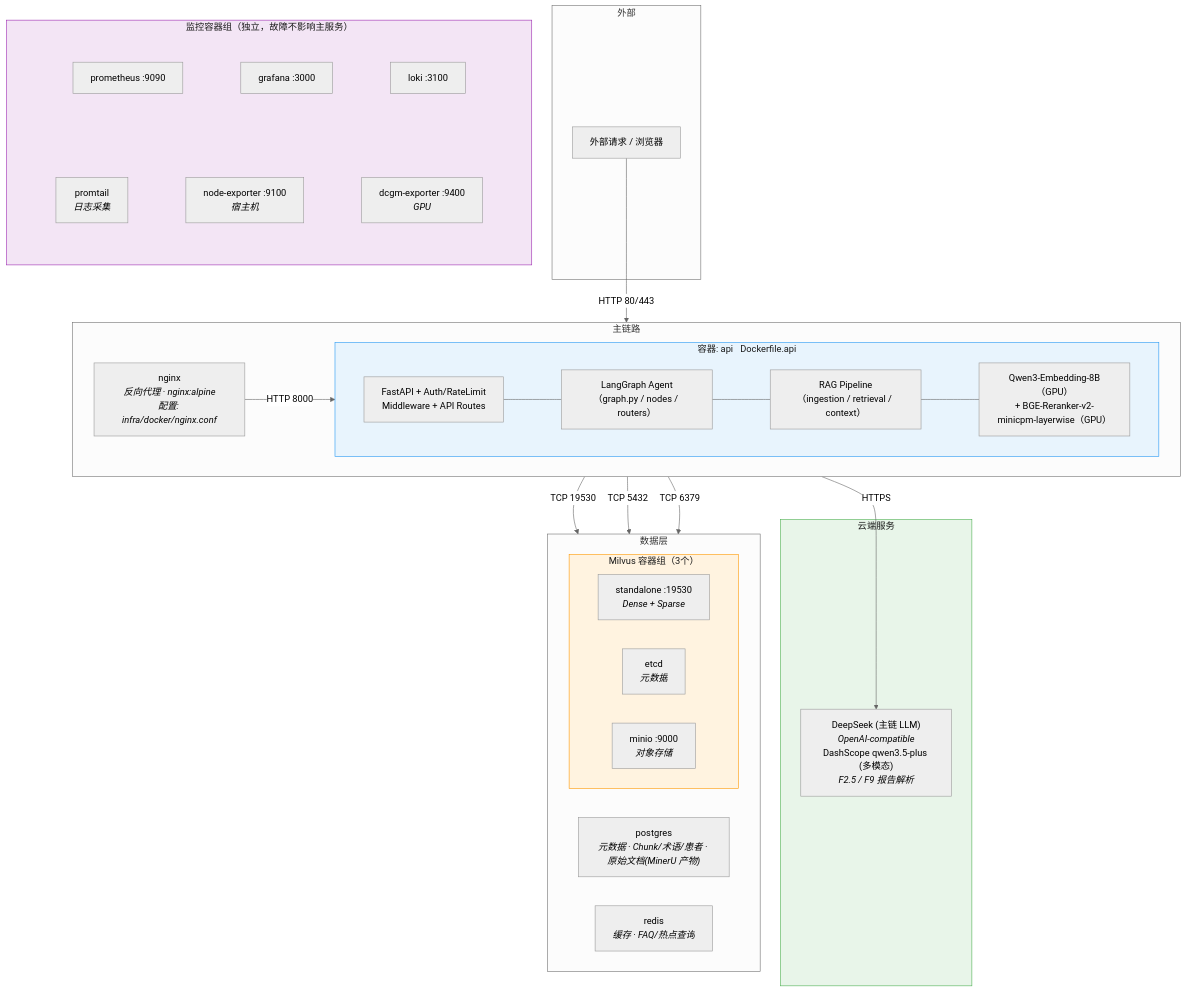
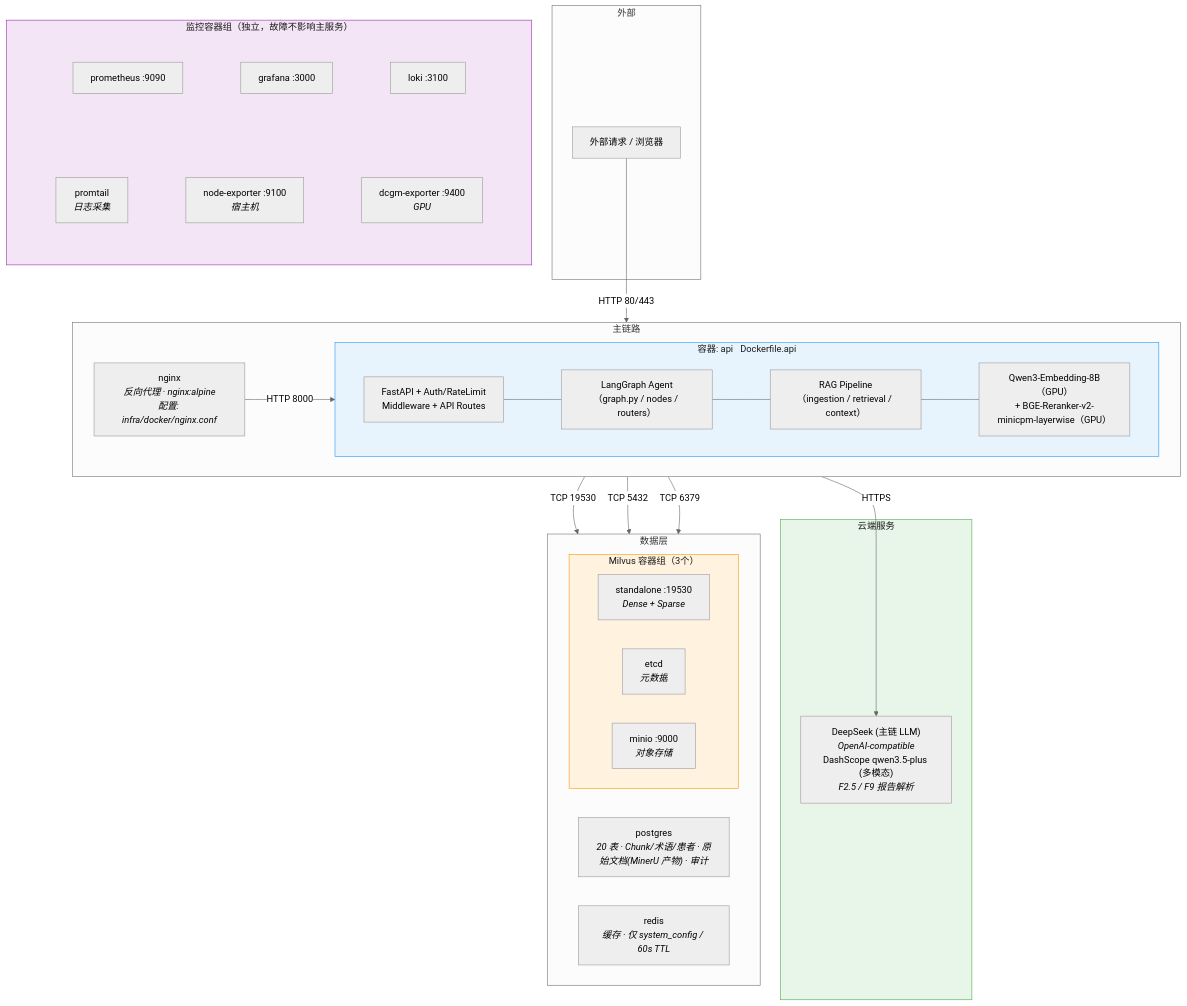
The diagram in .claude/skills/auto-coder/references/01-overview.md (Handshakeworm/Agentic-RAG-Diagnose-Assistant), drawn with Mermaid (neutral theme) before and after one commit. The commit also changed other lines of this file and 7 other files, not shown here.

First line of the commit message:
docs: README.en 补全 + 修正架构图过时内容 + 隐藏个人笔记

````diff
--- a/.claude/skills/auto-coder/references/01-overview.md
+++ b/.claude/skills/auto-coder/references/01-overview.md
@@ -368,70 +368,70 @@
 ```mermaid
 graph TB
     subgraph 外部
         Client["外部请求 / 浏览器"]
     end
 
     subgraph 云端["云端服务"]
         cloudapi["DeepSeek (主链 LLM)<br/><i>OpenAI-compatible</i><br/>DashScope qwen3.5-plus (多模态)<br/><i>F2.5 / F9 报告解析</i>"]
     end
 
     Client -->|"HTTP 80/443"| nginx
 
     subgraph 主链路
         direction LR
         nginx["nginx<br/><i>反向代理 · nginx:alpine</i><br/><i>配置: infra/docker/nginx.conf</i>"]
         nginx -->|"HTTP 8000"| api
 
         subgraph api["容器: api &ensp;Dockerfile.api"]
             direction LR
             L1["FastAPI + Auth/RateLimit<br/>Middleware + API Routes"]
             L2["LangGraph Agent<br/>（graph.py / nodes / routers）"]
             L3["RAG Pipeline<br/>（ingestion / retrieval / context）"]
             L4["Qwen3-Embedding-8B（GPU）<br/>+ BGE-Reranker-v2-minicpm-layerwise（GPU）"]
             L1 --- L2 --- L3 --- L4
         end
     end
 
     subgraph 数据层
         direction LR
         subgraph Milvus["Milvus 容器组（3个）"]
             direction LR
             standalone["standalone :19530<br/><i>Dense + Sparse</i>"]
             etcd["etcd<br/><i>元数据</i>"]
             minio["minio :9000<br/><i>对象存储</i>"]
         end
-        postgres["postgres<br/><i>元数据 · Chunk/术语/患者 · 原始文档(MinerU 产物)</i>"]
-        redis["redis<br/><i>缓存 · FAQ/热点查询</i>"]
+        postgres["postgres<br/><i>20 表 · Chunk/术语/患者 · 原始文档(MinerU 产物) · 审计</i>"]
+        redis["redis<br/><i>缓存 · 仅 system_config / 60s TTL</i>"]
     end
 
     api -->|"HTTPS"| cloudapi
     api -->|"TCP 19530"| standalone
     api -->|"TCP 5432"| postgres
     api -->|"TCP 6379"| redis
 
     subgraph 监控层["监控容器组（独立，故障不影响主服务）"]
         direction TB
         subgraph 监控行1[" "]
             direction LR
             prometheus["prometheus :9090"]
             grafana["grafana :3000"]
             loki["loki :3100"]
             prometheus ~~~ grafana ~~~ loki
         end
         subgraph 监控行2[" "]
             direction LR
             promtail["promtail<br/><i>日志采集</i>"]
             node_exp["node-exporter :9100<br/><i>宿主机</i>"]
             dcgm_exp["dcgm-exporter :9400<br/><i>GPU</i>"]
             promtail ~~~ node_exp ~~~ dcgm_exp
         end
         监控行1 ~~~ 监控行2
     end
 
     style api fill:#e8f4fd,stroke:#2196F3,color:#1a1a1a
     style Milvus fill:#fff3e0,stroke:#FF9800,color:#1a1a1a
     style 监控层 fill:#f3e5f5,stroke:#9C27B0,color:#1a1a1a
     style 云端 fill:#e8f5e9,stroke:#4CAF50,color:#1a1a1a
     style 监控行1 fill:transparent,stroke:none
     style 监控行2 fill:transparent,stroke:none
 ```
````
